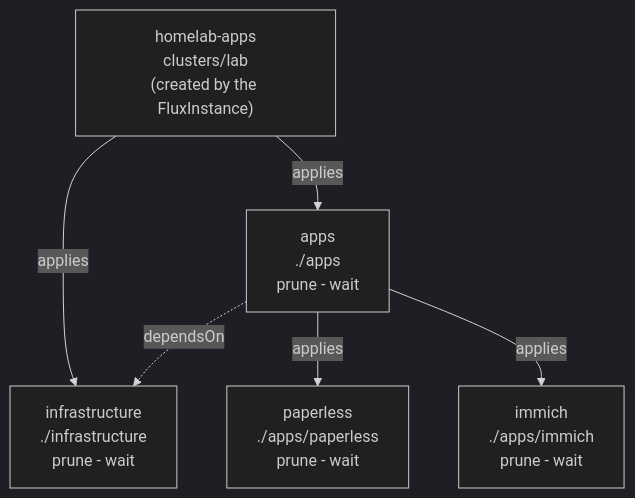
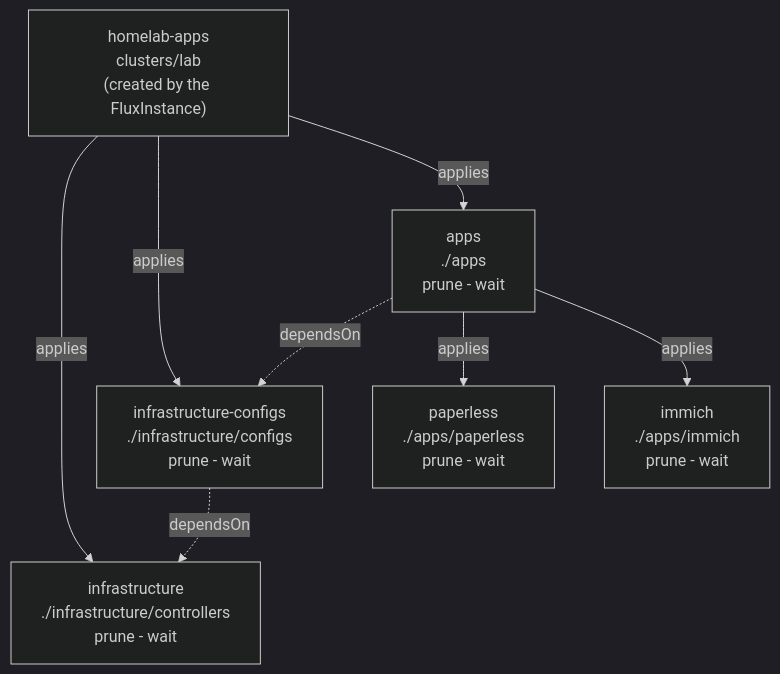
One commit to Sojamann/homelab-apps changed the diagram in README.md. Above: the diagram before and after it, drawn with Mermaid (dark theme). The commit also changed other lines of this file and 11 other files, not shown here.

First line of the commit message:
flux: split infrastructure into controllers and configs

````diff
--- a/README.md
+++ b/README.md
@@ -16,12 +17,14 @@
 ```mermaid
 graph TD
   ROOT["homelab-apps<br/>clusters/lab<br/>(created by the FluxInstance)"]
 
-  ROOT -->|applies| INFRA["infrastructure<br/>./infrastructure<br/>prune - wait"]
+  ROOT -->|applies| INFRA["infrastructure<br/>./infrastructure/controllers<br/>prune - wait"]
+  ROOT -->|applies| CFG["infrastructure-configs<br/>./infrastructure/configs<br/>prune - wait"]
   ROOT -->|applies| APPS["apps<br/>./apps<br/>prune - wait"]
 
-  APPS -.->|dependsOn| INFRA
+  CFG -.->|dependsOn| INFRA
+  APPS -.->|dependsOn| CFG
 
   APPS -->|applies| PL["paperless<br/>./apps/paperless<br/>prune - wait"]
   APPS -->|applies| IM["immich<br/>./apps/immich<br/>prune - wait"]
 ```
````
